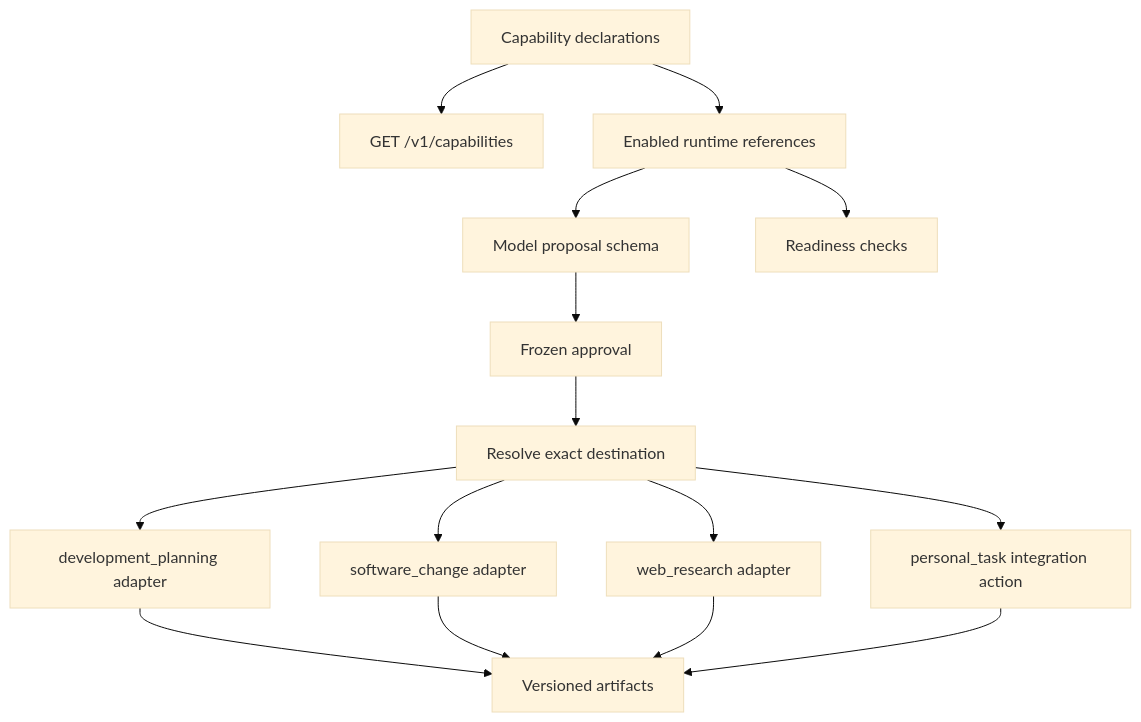
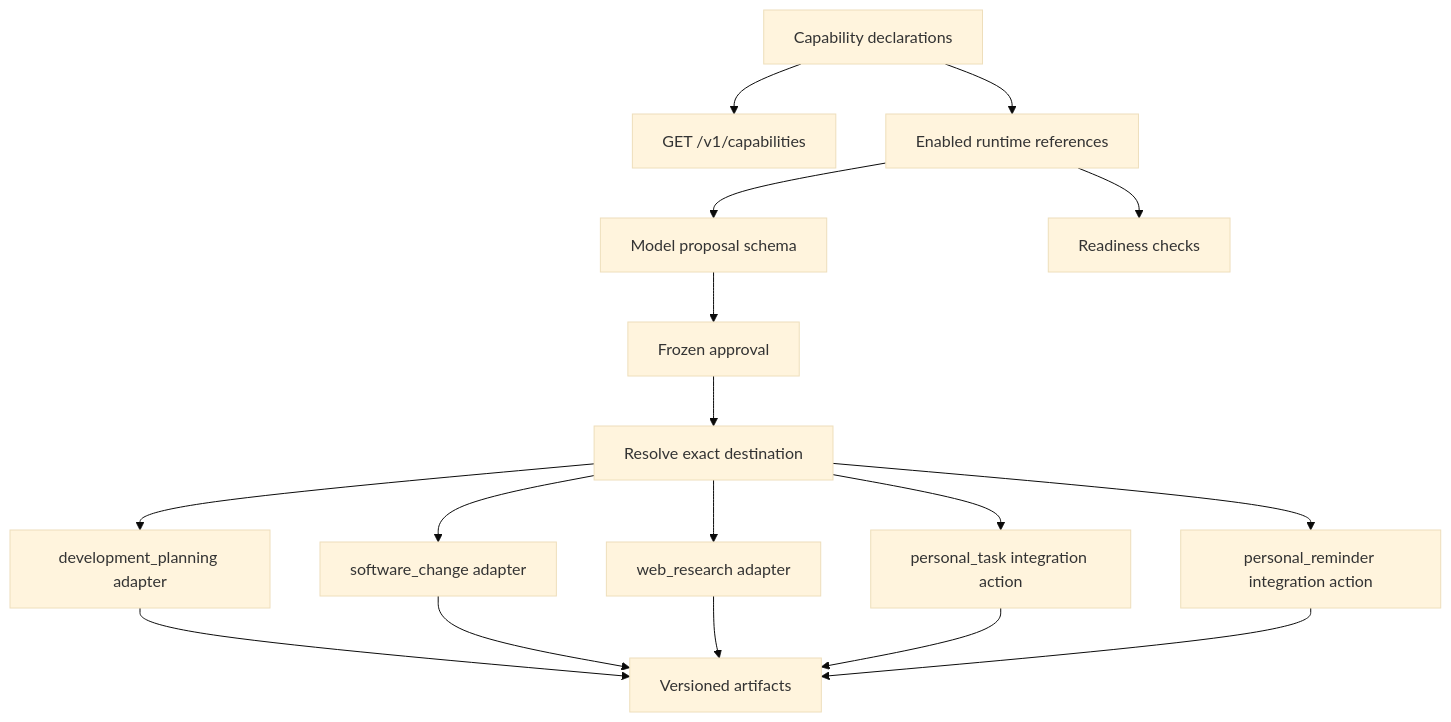
The seventh of 10 diagrams in docs/system-architecture.md (4romgod/vera), drawn with Mermaid (base theme) before and after one commit. The commit also changed other lines of this file and 58 other files, not shown here.

````diff
--- a/docs/system-architecture.md
+++ b/docs/system-architecture.md
@@ -509,17 +510,19 @@
 ```mermaid
 flowchart TD
     DECL["Capability declarations"] --> CAT["GET /v1/capabilities"]
     DECL --> ENABLED["Enabled runtime references"]
     ENABLED --> SCHEMA["Model proposal schema"]
     ENABLED --> READY["Readiness checks"]
     SCHEMA --> APPROVAL["Frozen approval"]
     APPROVAL --> RESOLVE["Resolve exact destination"]
     RESOLVE --> PLAN["development_planning adapter"]
     RESOLVE --> CHANGE["software_change adapter"]
     RESOLVE --> RESEARCH["web_research adapter"]
     RESOLVE --> PERSONAL["personal_task integration action"]
+    RESOLVE --> REMINDER["personal_reminder integration action"]
     PLAN --> ARTIFACT["Versioned artifacts"]
     CHANGE --> ARTIFACT
     RESEARCH --> ARTIFACT
     PERSONAL --> ARTIFACT
+    REMINDER --> ARTIFACT
 ```
````
